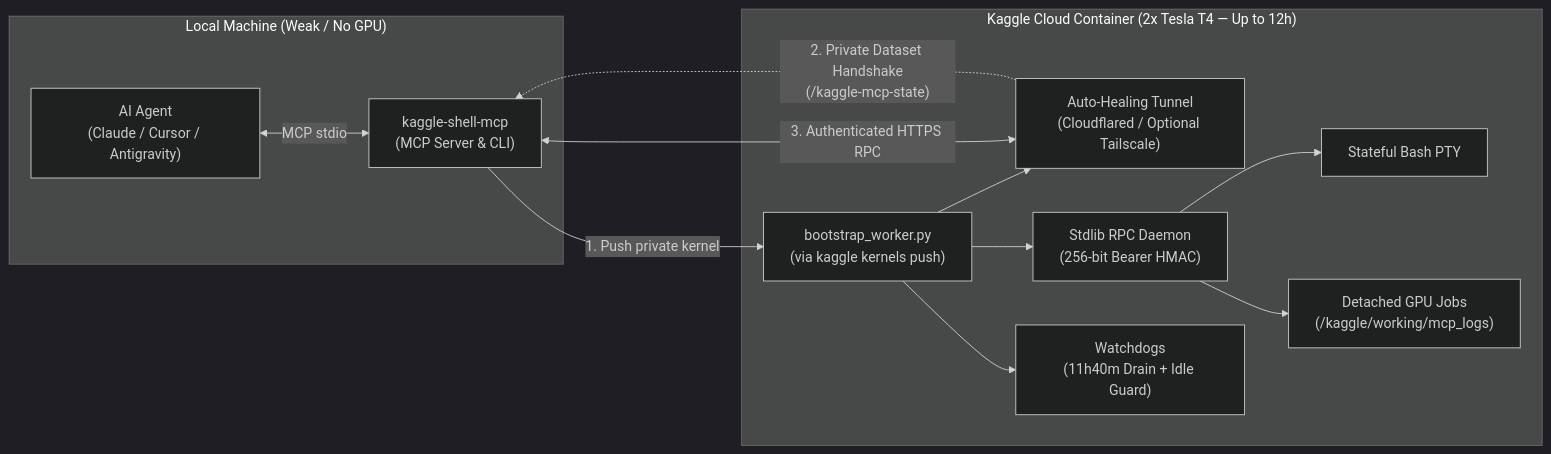
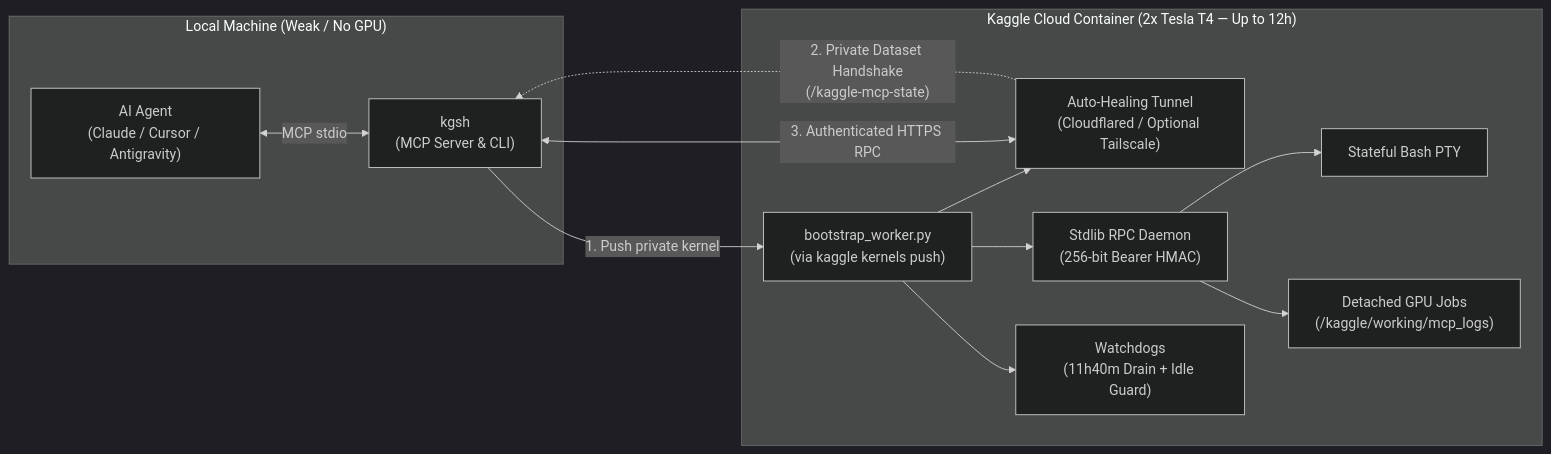
The diagram in README.md (NguyenQuocDat06-AI/kaggle-shell-mcp), drawn with Mermaid (dark theme) before and after one commit. The commit also changed other lines of this file and 5 other files, not shown here.

Commit message:
chore: shorten CLI entrypoint to kgsh and target Python 3.11+ CI matrix

````diff
--- a/README.md
+++ b/README.md
@@ -34,23 +34,23 @@
 ```mermaid
 flowchart LR
     subgraph Local["Local Machine (Weak / No GPU)"]
         Agent["AI Agent\n(Claude / Cursor / Antigravity)"]
-        MCP["kaggle-shell-mcp\n(MCP Server & CLI)"]
+        MCP["kgsh\n(MCP Server & CLI)"]
     end
 
     subgraph Kaggle["Kaggle Cloud Container (2x Tesla T4 — Up to 12h)"]
         Boot["bootstrap_worker.py\n(via kaggle kernels push)"]
         Tunnel["Auto-Healing Tunnel\n(Cloudflared / Optional Tailscale)"]
         Daemon["Stdlib RPC Daemon\n(256-bit Bearer HMAC)"]
         PTY["Stateful Bash PTY"]
         Jobs["Detached GPU Jobs\n(/kaggle/working/mcp_logs)"]
         Dog["Watchdogs\n(11h40m Drain + Idle Guard)"]
     end
 
     Agent <-->|"MCP stdio"| MCP
     MCP -->|"1. Push private kernel"| Boot
     Boot --> Tunnel & Daemon & Dog
     Tunnel -.->|"2. Private Dataset Handshake\n(<user>/kaggle-mcp-state)"| MCP
     MCP <-->|"3. Authenticated HTTPS RPC"| Tunnel
     Daemon --> PTY & Jobs
 ```
````
